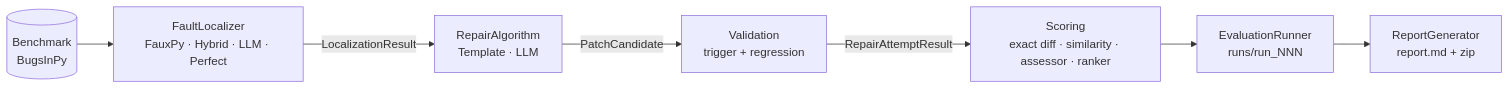
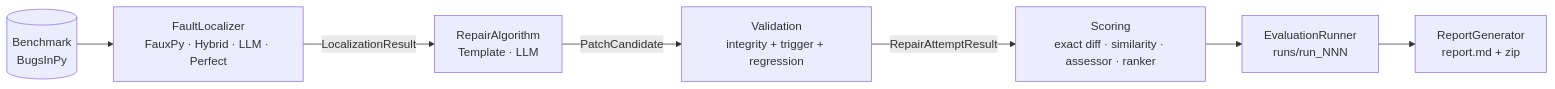
One commit to Sonzakir/RepairFramework changed the diagram in docs/architecture.md. Above: the diagram before and after it, drawn with Mermaid. The commit also changed other lines of this file and 73 other files, not shown here.

````diff
--- a/docs/architecture.md
+++ b/docs/architecture.md
@@ -13,9 +13,9 @@
 ```mermaid
 flowchart LR
     B[(Benchmark<br/>BugsInPy)] --> L[FaultLocalizer<br/>FauxPy · Hybrid · LLM · Perfect]
     L -->|LocalizationResult| R[RepairAlgorithm<br/>Template · LLM]
-    R -->|PatchCandidate| V[Validation<br/>trigger + regression]
+    R -->|PatchCandidate| V[Validation<br/>integrity + trigger + regression]
     V -->|RepairAttemptResult| S[Scoring<br/>exact diff · similarity · assessor · ranker]
     S --> E[EvaluationRunner<br/>runs/run_NNN]
     E --> P[ReportGenerator<br/>report.md + zip]
 ```
````
